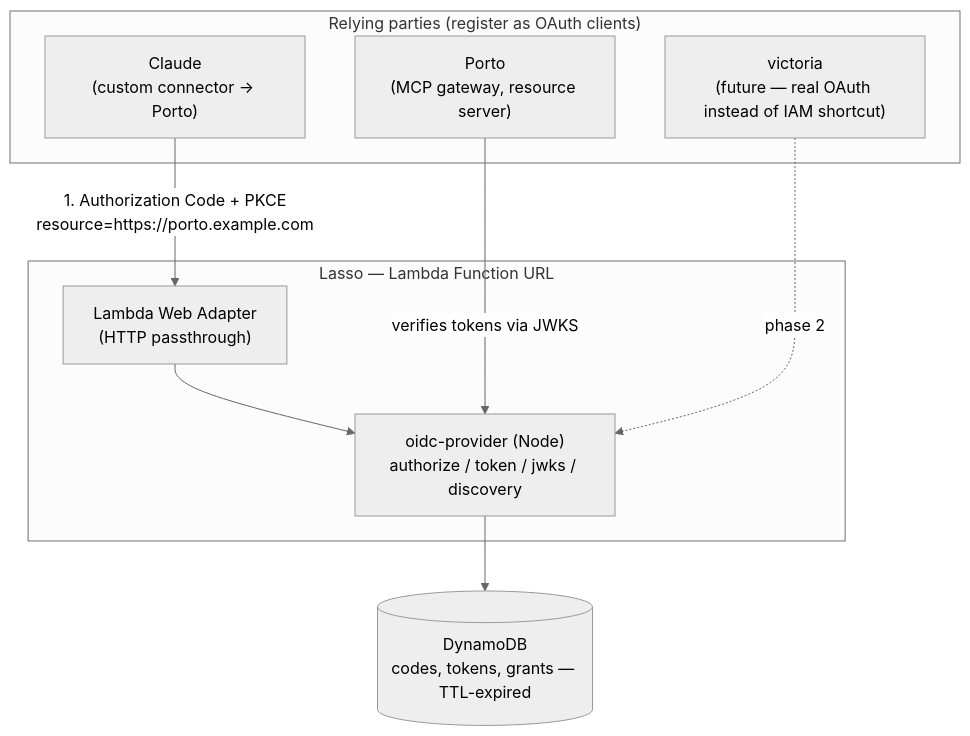
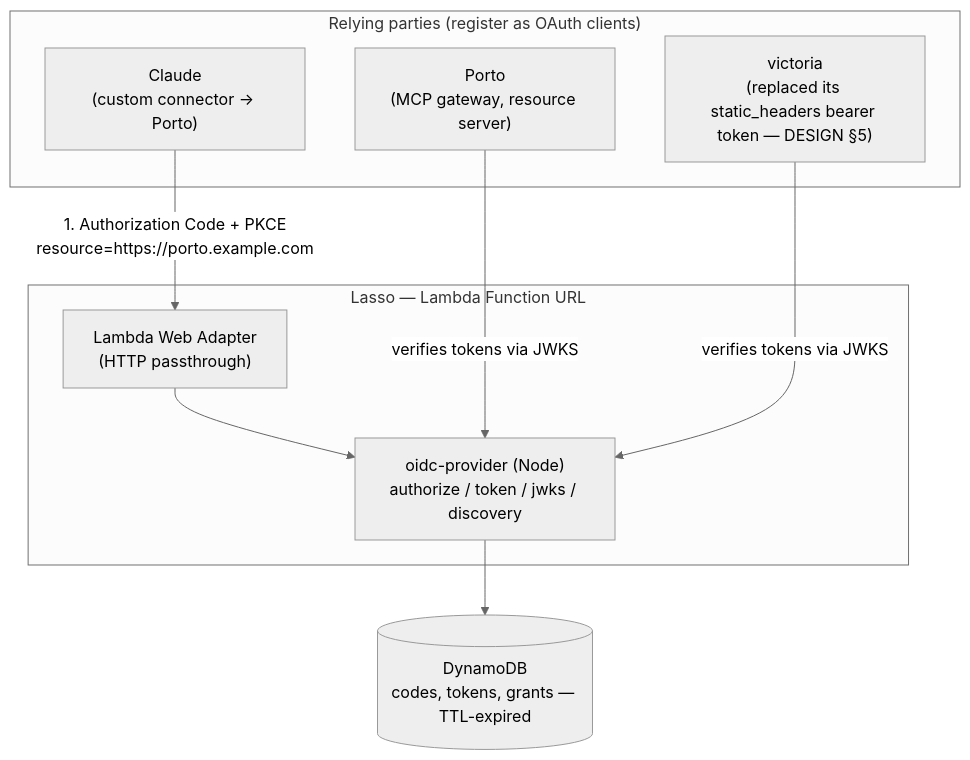
The diagram in docs/DESIGN.md (ljhurst/lasso), drawn with Mermaid (neutral theme) before and after one commit. The commit also changed other lines of this file and 3 other files, not shown here.

````diff
--- a/docs/DESIGN.md
+++ b/docs/DESIGN.md
@@ -60,21 +60,21 @@
 ```mermaid
 flowchart TB
     subgraph clients["Relying parties (register as OAuth clients)"]
         claude["Claude<br/>(custom connector → Porto)"]
         porto["Porto<br/>(MCP gateway, resource server)"]
-        victoria["victoria<br/>(future — real OAuth instead of IAM shortcut)"]
+        victoria["victoria<br/>(replaced its static_headers bearer token — DESIGN §5)"]
     end
 
     subgraph lasso["Lasso — Lambda Function URL"]
         adapter["Lambda Web Adapter<br/>(HTTP passthrough)"]
         oidc["oidc-provider (Node)<br/>authorize / token / jwks / discovery"]
         adapter --> oidc
     end
 
     ddb[("DynamoDB<br/>codes, tokens, grants — TTL-expired")]
 
     claude -- "1. Authorization Code + PKCE<br/>resource=https://porto.example.com" --> adapter
     oidc --> ddb
     porto -- "verifies tokens via JWKS" --> oidc
-    victoria -.->|"phase 2"| oidc
+    victoria -- "verifies tokens via JWKS" --> oidc
 ```
````
